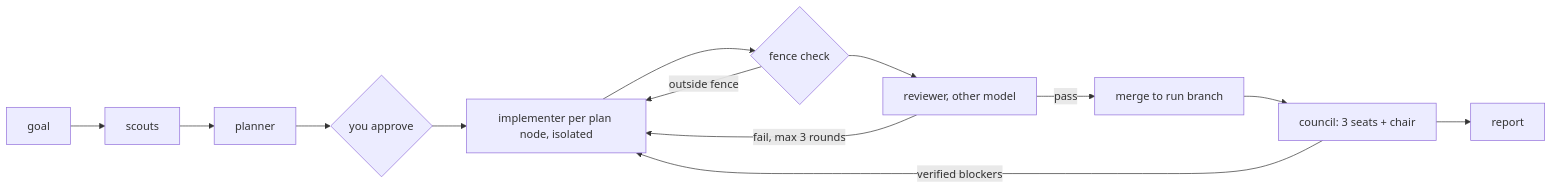
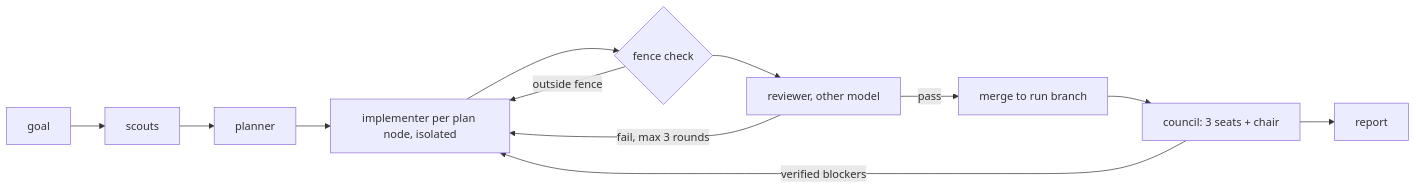
The diagram in README.md (exit-node/node-loop), drawn with Mermaid before and after one commit. The commit also changed other lines of this file and 5 other files, not shown here.

````diff
--- a/README.md
+++ b/README.md
@@ -28,11 +29,11 @@
 ```mermaid
 flowchart LR
-  G[goal] --> S[scouts] --> P[planner] --> A{you approve}
-  A --> I[implementer per plan node, isolated] --> F{fence check}
+  G[goal] --> S[scouts] --> P[planner]
+  P --> I[implementer per plan node, isolated] --> F{fence check}
   F -- outside fence --> I
   F --> R[reviewer, other model]
   R -- fail, max 3 rounds --> I
   R -- pass --> M[merge to run branch]
   M --> C[council: 3 seats + chair] --> D[report]
   C -- verified blockers --> I
 ```
````
